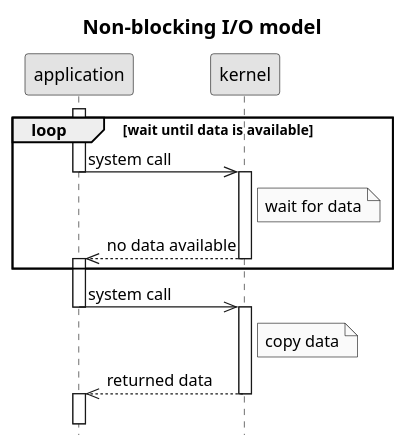
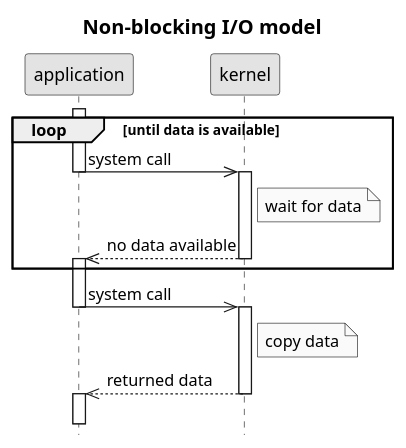
Before and after one commit to c0p4c4b4n4/demo-sockets-io-nio-nio2: the diagram in .images/non-blocking IO model.puml, drawn with PlantUML.

```diff
--- a/.images/non-blocking IO model.puml
+++ b/.images/non-blocking IO model.puml
@@ -1,24 +1,24 @@
 @startuml
 title Non-blocking I/O model
 hide footbox
 skinparam monochrome true
 skinparam titleFontSize 16
 activate application
-loop wait until data is available
+loop until data is available
     application->>kernel: system call
     deactivate application
     activate kernel
     Note right of kernel: wait for data
     kernel-->>application: no data available
     deactivate kernel
     activate application
 end
 application->>kernel: system call
 deactivate application
 activate kernel
 Note right of kernel: copy data
 kernel-->>application: returned data
 deactivate kernel
 activate application
 ||15||
 @enduml
```
